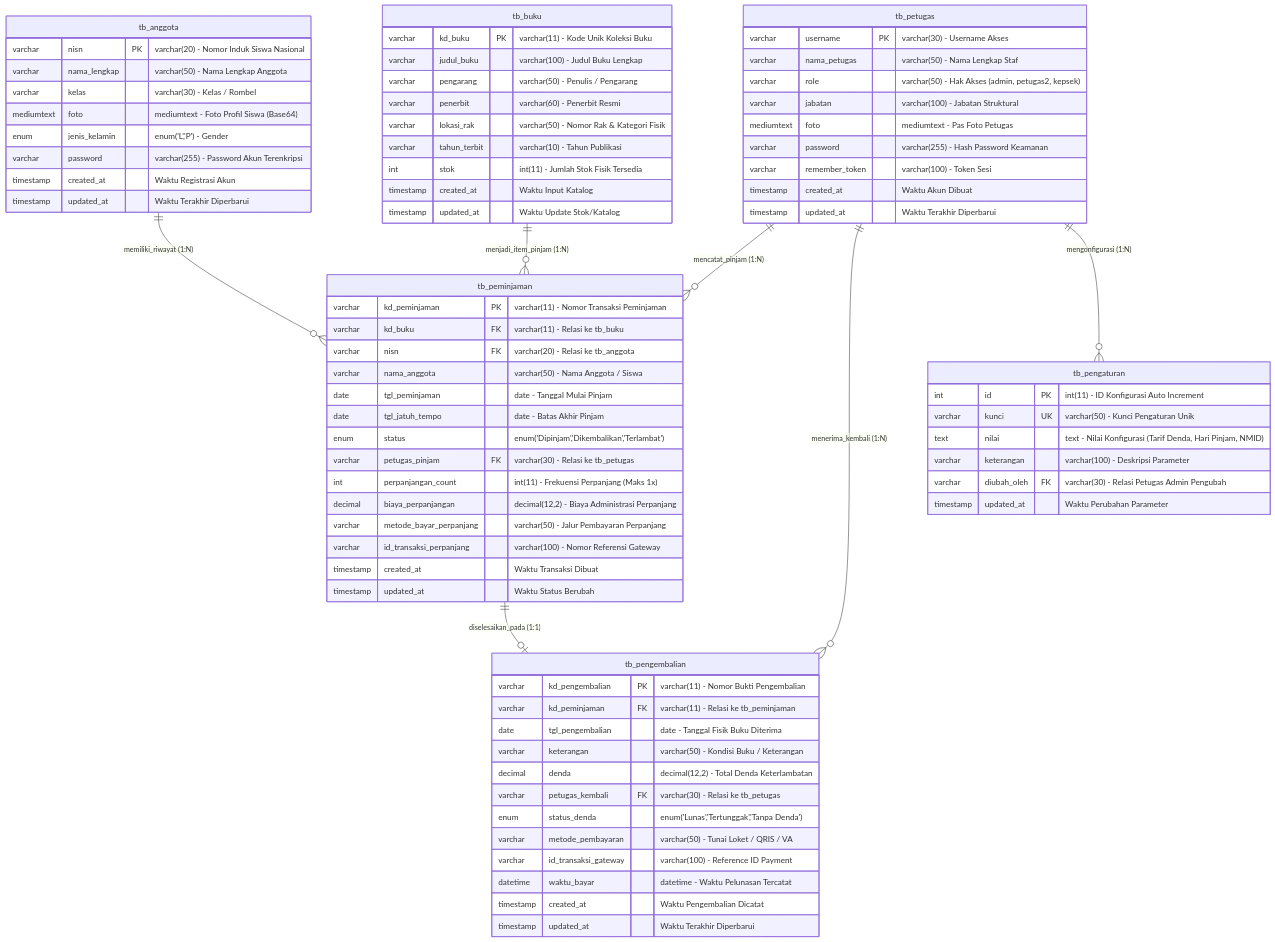
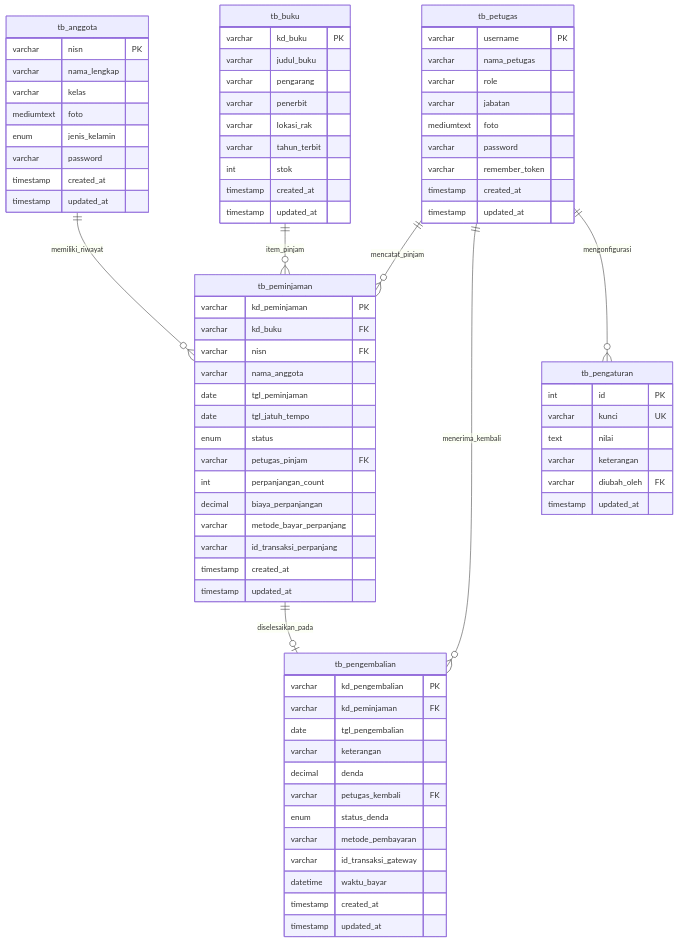
One commit to fanydarat757-hash/antigrafitytest changed the fifth of 17 diagrams in PANDUAN_TEKNIS_DAN_ARSITEKTUR_SKRIPSI.md. Above: the diagram before and after it, drawn with Mermaid. The commit also changed other lines of this file, not shown here.

Commit message:
Fix syntax errors in all 17 Mermaid diagrams for GitHub rendering

````diff
--- a/PANDUAN_TEKNIS_DAN_ARSITEKTUR_SKRIPSI.md
+++ b/PANDUAN_TEKNIS_DAN_ARSITEKTUR_SKRIPSI.md
@@ -236,85 +233,85 @@
 ```mermaid
 erDiagram
-    tb_anggota ||--o{ tb_peminjaman : "memiliki_riwayat (1:N)"
-    tb_petugas ||--o{ tb_peminjaman : "mencatat_pinjam (1:N)"
-    tb_buku ||--o{ tb_peminjaman : "menjadi_item_pinjam (1:N)"
-    tb_peminjaman ||--o| tb_pengembalian : "diselesaikan_pada (1:1)"
-    tb_petugas ||--o{ tb_pengembalian : "menerima_kembali (1:N)"
-    tb_petugas ||--o{ tb_pengaturan : "mengonfigurasi (1:N)"
+    tb_anggota ||--o{ tb_peminjaman : memiliki_riwayat
+    tb_petugas ||--o{ tb_peminjaman : mencatat_pinjam
+    tb_buku ||--o{ tb_peminjaman : item_pinjam
+    tb_peminjaman ||--o| tb_pengembalian : diselesaikan_pada
+    tb_petugas ||--o{ tb_pengembalian : menerima_kembali
+    tb_petugas ||--o{ tb_pengaturan : mengonfigurasi
 
     tb_anggota {
-        varchar nisn PK "varchar(20) - Nomor Induk Siswa Nasional"
-        varchar nama_lengkap "varchar(50) - Nama Lengkap Anggota"
-        varchar kelas "varchar(30) - Kelas / Rombel"
-        mediumtext foto "mediumtext - Foto Profil Siswa (Base64)"
-        enum jenis_kelamin "enum('L','P') - Gender"
-        varchar password "varchar(255) - Password Akun Terenkripsi"
-        timestamp created_at "Waktu Registrasi Akun"
-        timestamp updated_at "Waktu Terakhir Diperbarui"
+        varchar nisn PK
+        varchar nama_lengkap
+        varchar kelas
+        mediumtext foto
+        enum jenis_kelamin
+        varchar password
+        timestamp created_at
+        timestamp updated_at
     }
 
     tb_petugas {
-        varchar username PK "varchar(30) - Username Akses"
-        varchar nama_petugas "varchar(50) - Nama Lengkap Staf"
-        varchar role "varchar(50) - Hak Akses (admin, petugas2, kepsek)"
-        varchar jabatan "varchar(100) - Jabatan Struktural"
-        mediumtext foto "mediumtext - Pas Foto Petugas"
-        varchar password "varchar(255) - Hash Password Keamanan"
-        varchar remember_token "varchar(100) - Token Sesi"
-        timestamp created_at "Waktu Akun Dibuat"
-        timestamp updated_at "Waktu Terakhir Diperbarui"
+        varchar username PK
+        varchar nama_petugas
+        varchar role
+        varchar jabatan
+        mediumtext foto
+        varchar password
+        varchar remember_token
+        timestamp created_at
+        timestamp updated_at
     }
 
     tb_buku {
-        varchar kd_buku PK "varchar(11) - Kode Unik Koleksi Buku"
-        varchar judul_buku "varchar(100) - Judul Buku Lengkap"
-        varchar pengarang "varchar(50) - Penulis / Pengarang"
-        varchar penerbit "varchar(60) - Penerbit Resmi"
-        varchar lokasi_rak "varchar(50) - Nomor Rak & Kategori Fisik"
-        varchar tahun_terbit "varchar(10) - Tahun Publikasi"
-        int stok "int(11) - Jumlah Stok Fisik Tersedia"
-        timestamp created_at "Waktu Input Katalog"
-        timestamp updated_at "Waktu Update Stok/Katalog"
+        varchar kd_buku PK
+        varchar judul_buku
+        varchar pengarang
+        varchar penerbit
+        varchar lokasi_rak
+        varchar tahun_terbit
+        int stok
+        timestamp created_at
+        timestamp updated_at
     }
 
     tb_peminjaman {
-        varchar kd_peminjaman PK "varchar(11) - Nomor Transaksi Peminjaman"
-        varchar kd_buku FK "varchar(11) - Relasi ke tb_buku"
-        varchar nisn FK "varchar(20) - Relasi ke tb_anggota"
-        varchar nama_anggota "varchar(50) - Nama Anggota / Siswa"
-        date tgl_peminjaman "date - Tanggal Mulai Pinjam"
-        date tgl_jatuh_tempo "date - Batas Akhir Pinjam"
-        enum status "enum('Dipinjam','Dikembalikan','Terlambat')"
-        varchar petugas_pinjam FK "varchar(30) - Relasi ke tb_petugas"
-        int perpanjangan_count "int(11) - Frekuensi Perpanjang (Maks 1x)"
-        decimal biaya_perpanjangan "decimal(12,2) - Biaya Administrasi Perpanjang"
-        varchar metode_bayar_perpanjang "varchar(50) - Jalur Pembayaran Perpanjang"
-        varchar id_transaksi_perpanjang "varchar(100) - Nomor Referensi Gateway"
-        timestamp created_at "Waktu Transaksi Dibuat"
-        timestamp updated_at "Waktu Status Berubah"
+        varchar kd_peminjaman PK
+        varchar kd_buku FK
+        varchar nisn FK
+        varchar nama_anggota
+        date tgl_peminjaman
+        date tgl_jatuh_tempo
+        enum status
+        varchar petugas_pinjam FK
+        int perpanjangan_count
+        decimal biaya_perpanjangan
+        varchar metode_bayar_perpanjang
+        varchar id_transaksi_perpanjang
+        timestamp created_at
+        timestamp updated_at
     }
 
     tb_pengembalian {
-        varchar kd_pengembalian PK "varchar(11) - Nomor Bukti Pengembalian"
-        varchar kd_peminjaman FK "varchar(11) - Relasi ke tb_peminjaman"
-        date tgl_pengembalian "date - Tanggal Fisik Buku Diterima"
-        varchar keterangan "varchar(50) - Kondisi Buku / Keterangan"
-        decimal denda "decimal(12,2) - Total Denda Keterlambatan"
-        varchar petugas_kembali FK "varchar(30) - Relasi ke tb_petugas"
-        enum status_denda "enum('Lunas','Tertunggak','Tanpa Denda')"
-        varchar metode_pembayaran "varchar(50) - Tunai Loket / QRIS / VA"
-        varchar id_transaksi_gateway "varchar(100) - Reference ID Payment"
-        datetime waktu_bayar "datetime - Waktu Pelunasan Tercatat"
-        timestamp created_at "Waktu Pengembalian Dicatat"
-        timestamp updated_at "Waktu Terakhir Diperbarui"
+        varchar kd_pengembalian PK
+        varchar kd_peminjaman FK
+        date tgl_pengembalian
+        varchar keterangan
+        decimal denda
+        varchar petugas_kembali FK
+        enum status_denda
+        varchar metode_pembayaran
+        varchar id_transaksi_gateway
+        datetime waktu_bayar
+        timestamp created_at
+        timestamp updated_at
     }
 
     tb_pengaturan {
-        int id PK "int(11) - ID Konfigurasi Auto Increment"
-        varchar kunci UK "varchar(50) - Kunci Pengaturan Unik"
-        text nilai "text - Nilai Konfigurasi (Tarif Denda, Hari Pinjam, NMID)"
-        varchar keterangan "varchar(100) - Deskripsi Parameter"
-        varchar diubah_oleh FK "varchar(30) - Relasi Petugas Admin Pengubah"
-        timestamp updated_at "Waktu Perubahan Parameter"
+        int id PK
+        varchar kunci UK
+        text nilai
+        varchar keterangan
+        varchar diubah_oleh FK
+        timestamp updated_at
     }
 ```
````
